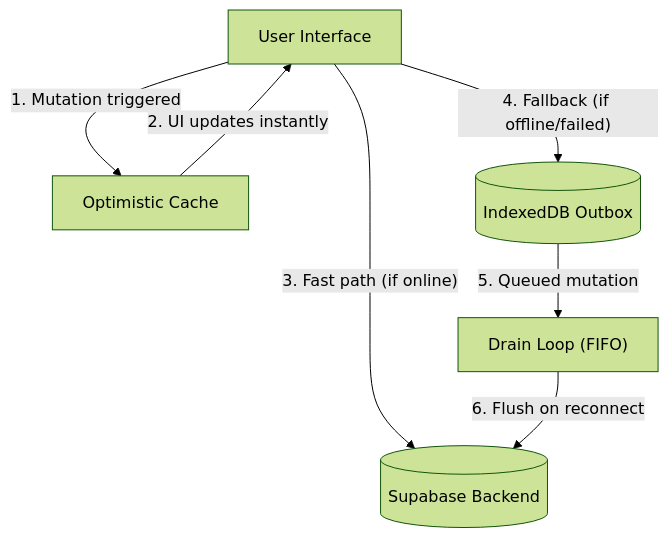
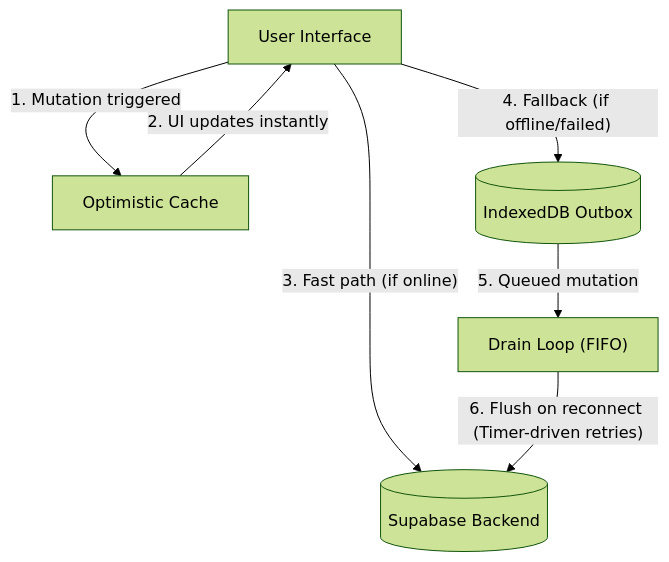
The diagram in openwiki/offline-sync.md (nbhansen/Talrum), drawn with Mermaid (forest theme) before and after one commit. The commit also changed other lines of this file and 6 other files, not shown here.

````diff
--- a/openwiki/offline-sync.md
+++ b/openwiki/offline-sync.md
@@ -16,15 +20,15 @@
 ```mermaid
 flowchart TD
     UI["User Interface"]
     Cache["Optimistic Cache"]
     Outbox[("IndexedDB Outbox")]
     Backend[("Supabase Backend")]
     Drain["Drain Loop (FIFO)"]
 
     UI -->|"1. Mutation triggered"| Cache
     Cache -->|"2. UI updates instantly"| UI
     UI -->|"3. Fast path (if online)"| Backend
     UI -->|"4. Fallback (if offline/failed)"| Outbox
     Outbox -->|"5. Queued mutation"| Drain
-    Drain -->|"6. Flush on reconnect"| Backend
+    Drain -->|"6. Flush on reconnect (Timer-driven retries)"| Backend
 ```
````
